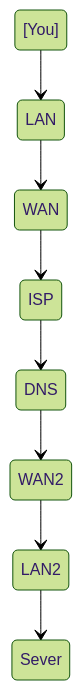
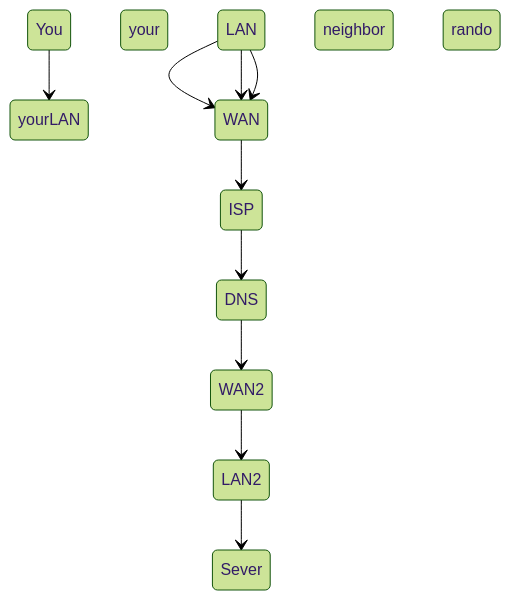
The diagram in README.md (omahane/intro-to-web-development), drawn with Mermaid (forest theme) before and after one commit.

````diff
--- a/README.md
+++ b/README.md
@@ -3,10 +3,12 @@
 ```mermaid
 stateDiagram-v2
-    [You] --> LAN
-    LAN --> WAN
+    You --> yourLAN
+    your LAN --> WAN
+    neighbor LAN --> WAN
+    rando LAN --> WAN
     WAN --> ISP
     ISP --> DNS
     DNS --> WAN2
     WAN2 --> LAN2
     LAN2 --> Sever
 ```
````
